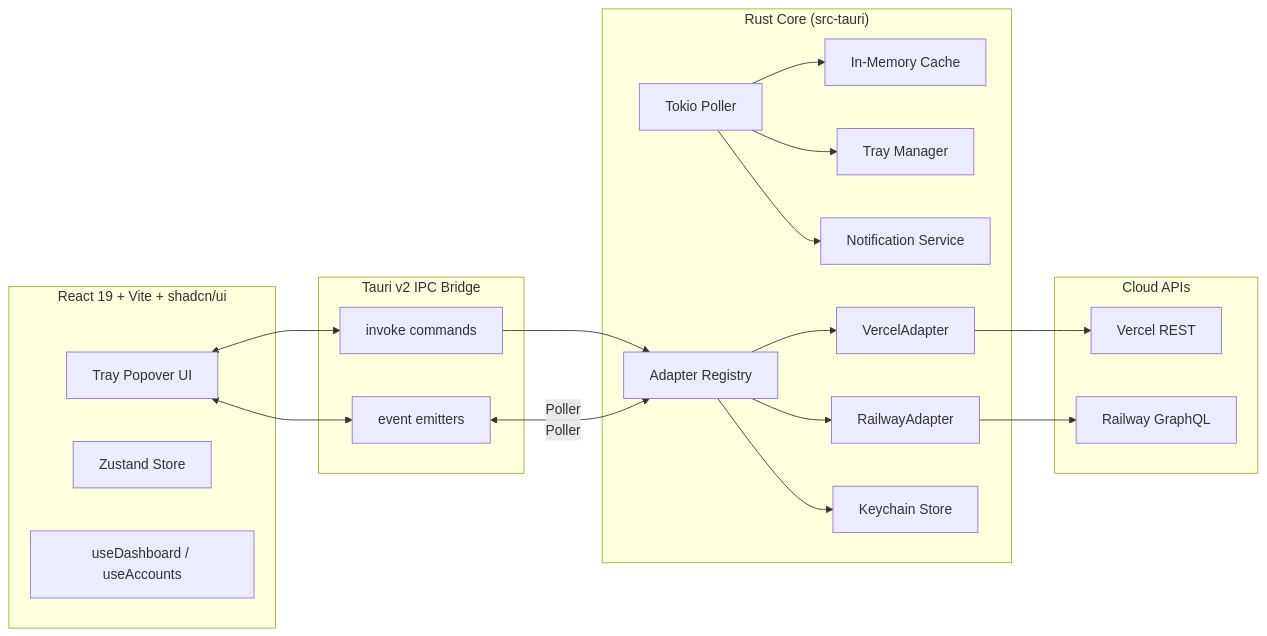
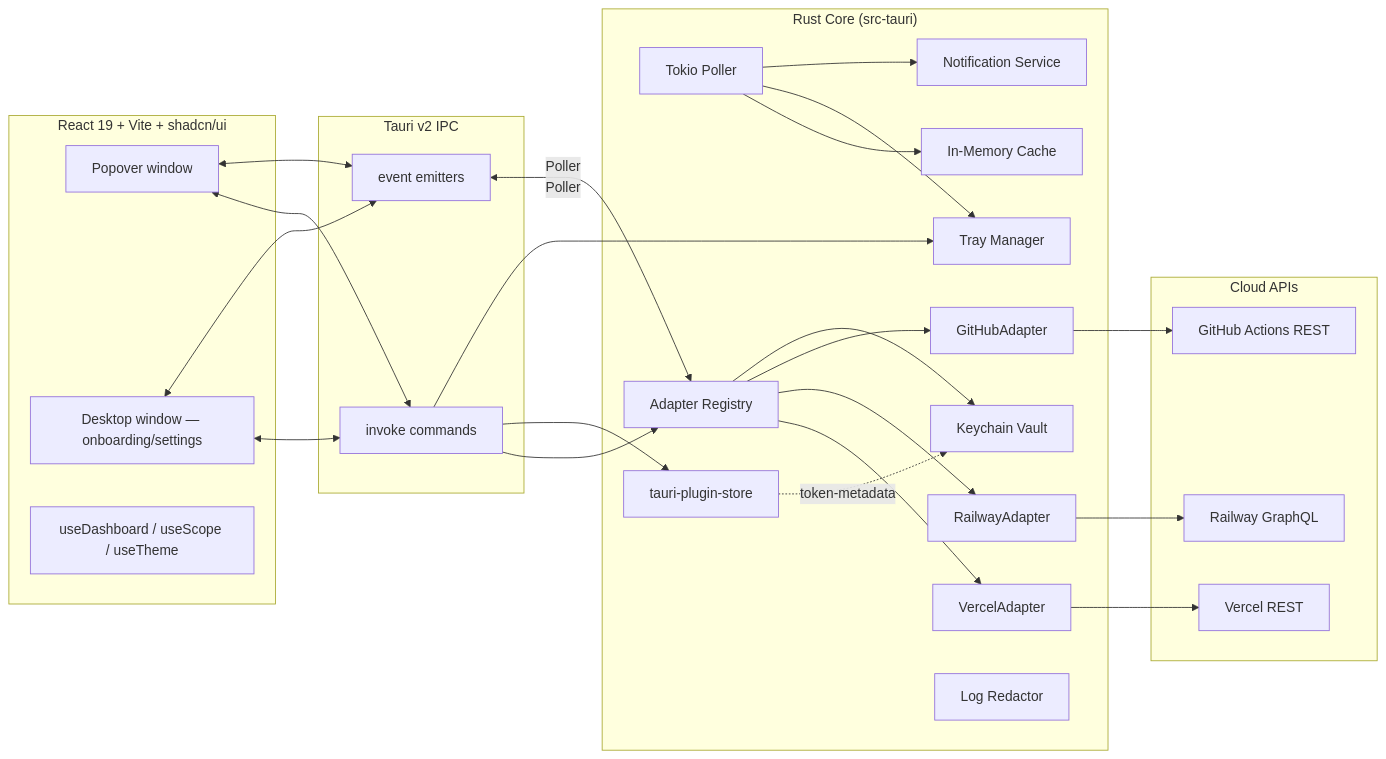
One commit to trankhacvy/tiny-bell changed the second of 2 diagrams in docs/prd.md. Above: the diagram before and after it, drawn with Mermaid. The commit also changed other lines of this file and 17 other files, not shown here.

````diff
--- a/docs/prd.md
+++ b/docs/prd.md
@@ -299,41 +313,51 @@
 ```mermaid
 graph LR
     subgraph Frontend["React 19 + Vite + shadcn/ui"]
-        UI[Tray Popover UI]
-        Store[Zustand Store]
-        Hooks[useDashboard / useAccounts]
+        PopoverApp[Popover window]
+        DesktopApp[Desktop window — onboarding/settings]
+        Hooks[useDashboard / useScope / useTheme]
     end
 
-    subgraph Tauri["Tauri v2 IPC Bridge"]
+    subgraph Tauri["Tauri v2 IPC"]
         Cmd[invoke commands]
         Evt[event emitters]
     end
 
     subgraph Rust["Rust Core (src-tauri)"]
         Tray[Tray Manager]
         Poller[Tokio Poller]
         Registry[Adapter Registry]
-        VAdapter[VercelAdapter]
-        RAdapter[RailwayAdapter]
-        KC[Keychain Store]
+        VA[VercelAdapter]
+        RA[RailwayAdapter]
+        GA[GitHubAdapter]
+        KC[Keychain Vault]
+        Store[tauri-plugin-store]
         Cache[In-Memory Cache]
         Notif[Notification Service]
+        Redactor[Log Redactor]
     end
 
     subgraph External["Cloud APIs"]
         V[Vercel REST]
         R[Railway GraphQL]
+        G[GitHub Actions REST]
     end
 
-    UI <--> Cmd
-    UI <--> Evt
+    PopoverApp <--> Cmd
+    DesktopApp <--> Cmd
+    PopoverApp <--> Evt
+    DesktopApp <--> Evt
     Cmd --> Registry
+    Cmd --> Store
+    Cmd --> Tray
     Evt <-- Poller
     Poller --> Registry
-    Registry --> VAdapter --> V
-    Registry --> RAdapter --> R
+    Registry --> VA --> V
+    Registry --> RA --> R
+    Registry --> GA --> G
     Poller --> Cache
     Poller --> Tray
     Poller --> Notif
     Registry --> KC
+    Store -.token-metadata.-> KC
 ```
````
